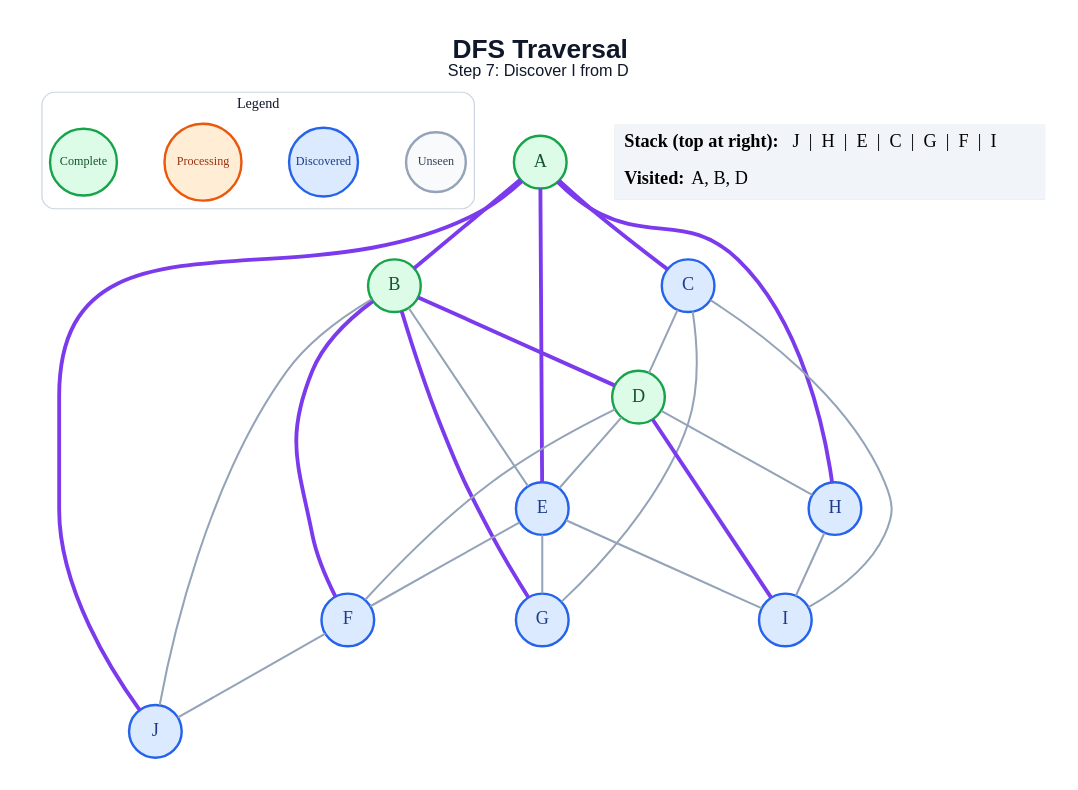
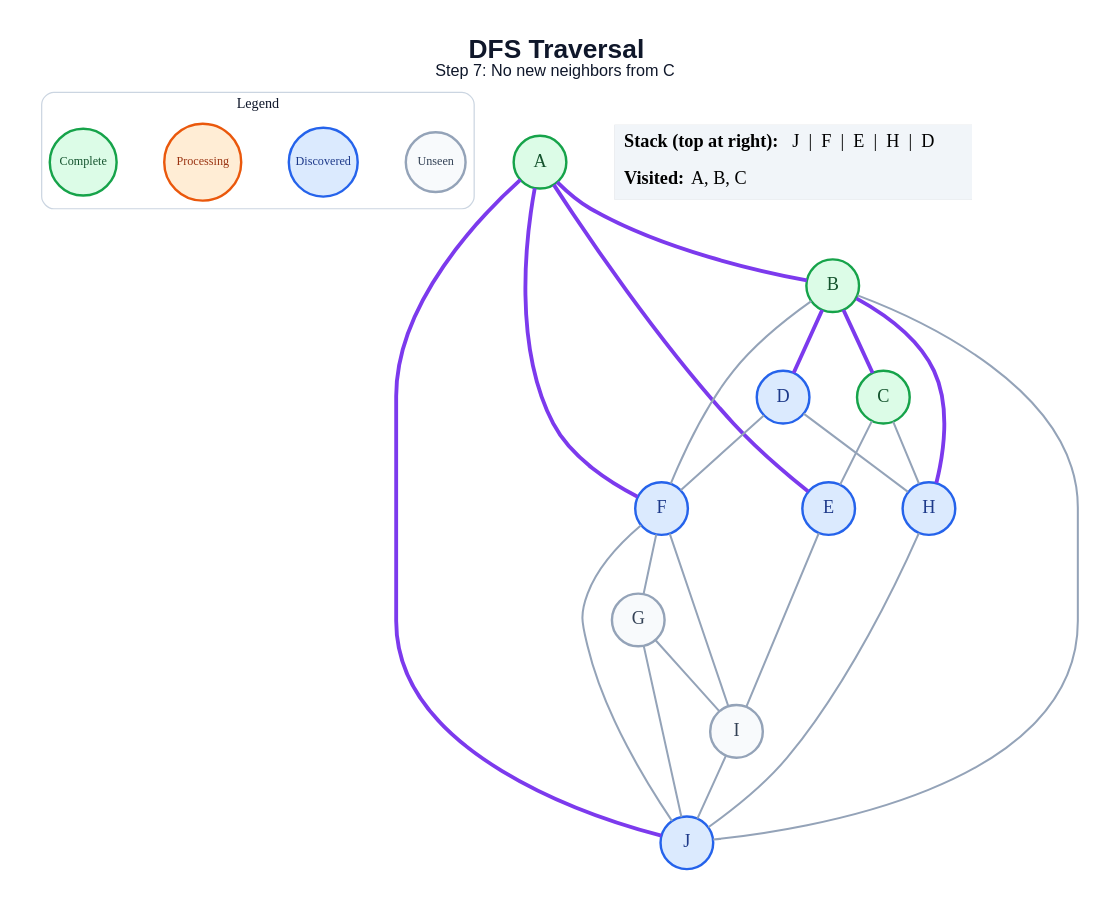
The diagram in generated/dfs/step_07.dot (amanghodawala9/ai-slop), drawn with Graphviz before and after one commit. The commit also changed 178 other files, not shown here.

```diff
--- a/generated/dfs/step_07.dot
+++ b/generated/dfs/step_07.dot
@@ -1,51 +1,50 @@
 graph traversal {
   graph [layout=dot, rankdir=TB, bgcolor="#FFFFFF", pad="0.35", nodesep="0.65", ranksep="0.8", fontname="Arial"];
   node [shape=circle, style="filled", fontname="Arial Bold", fontsize=18, width=0.72, fixedsize=true, penwidth=2.4];
   edge [color="#94A3B8", penwidth=2.0];
-  label=<<B>DFS Traversal</B><BR/><FONT POINT-SIZE="16">Step 7: Discover I from D</FONT>>; labelloc="t"; fontsize=26; fontname="Arial"; fontcolor="#0F172A";
+  label=<<B>DFS Traversal</B><BR/><FONT POINT-SIZE="16">Step 7: No new neighbors from C</FONT>>; labelloc="t"; fontsize=26; fontname="Arial"; fontcolor="#0F172A";
   subgraph cluster_legend { label="Legend"; color="#CBD5E1"; penwidth=1.2; style="rounded"; fontsize=14; fontname="Arial Bold";
     key_unseen [label="Unseen", fillcolor="#F8FAFC", color="#94A3B8", fontcolor="#334155", fontsize=12, width=0.82];
     key_frontier [label="Discovered", fillcolor="#DBEAFE", color="#2563EB", fontcolor="#1E3A8A", fontsize=12, width=0.95];
     key_current [label="Processing", fillcolor="#FFEDD5", color="#EA580C", fontcolor="#9A3412", fontsize=12, width=1.05];
     key_done [label="Complete", fillcolor="#DCFCE7", color="#16A34A", fontcolor="#14532D", fontsize=12, width=0.92];
     { rank=same; key_unseen; key_frontier; key_current; key_done; }
   }
   A [fillcolor="#DCFCE7", color="#16A34A", fontcolor="#14532D"];
   B [fillcolor="#DCFCE7", color="#16A34A", fontcolor="#14532D"];
-  C [fillcolor="#DBEAFE", color="#2563EB", fontcolor="#1E3A8A"];
-  D [fillcolor="#DCFCE7", color="#16A34A", fontcolor="#14532D"];
+  C [fillcolor="#DCFCE7", color="#16A34A", fontcolor="#14532D"];
+  D [fillcolor="#DBEAFE", color="#2563EB", fontcolor="#1E3A8A"];
   E [fillcolor="#DBEAFE", color="#2563EB", fontcolor="#1E3A8A"];
   F [fillcolor="#DBEAFE", color="#2563EB", fontcolor="#1E3A8A"];
-  G [fillcolor="#DBEAFE", color="#2563EB", fontcolor="#1E3A8A"];
+  G [fillcolor="#F8FAFC", color="#94A3B8", fontcolor="#334155"];
   H [fillcolor="#DBEAFE", color="#2563EB", fontcolor="#1E3A8A"];
-  I [fillcolor="#DBEAFE", color="#2563EB", fontcolor="#1E3A8A"];
+  I [fillcolor="#F8FAFC", color="#94A3B8", fontcolor="#334155"];
   J [fillcolor="#DBEAFE", color="#2563EB", fontcolor="#1E3A8A"];
   A -- B [color="#7C3AED", penwidth=3.8];
-  A -- C [color="#7C3AED", penwidth=3.8];
   A -- E [color="#7C3AED", penwidth=3.8];
-  A -- H [color="#7C3AED", penwidth=3.8];
+  A -- F [color="#7C3AED", penwidth=3.8];
   A -- J [color="#7C3AED", penwidth=3.8];
+  B -- C [color="#7C3AED", penwidth=3.8];
   B -- D [color="#7C3AED", penwidth=3.8];
-  B -- E;
-  B -- F [color="#7C3AED", penwidth=3.8];
-  B -- G [color="#7C3AED", penwidth=3.8];
+  B -- F;
+  B -- H [color="#7C3AED", penwidth=3.8];
   B -- J;
-  C -- D;
-  C -- G;
-  C -- I;
-  D -- E;
+  C -- E;
+  C -- H;
   D -- F;
   D -- H;
-  D -- I [color="#7C3AED", penwidth=3.8];
-  E -- F;
-  E -- G;
   E -- I;
+  F -- G;
+  F -- I;
   F -- J;
-  H -- I;
+  G -- I;
+  G -- J;
+  H -- J;
+  I -- J;
   status [shape=plain, fixedsize=false, width=0, height=0, margin=0, label=<
     <TABLE BORDER="0" CELLBORDER="0" CELLPADDING="7" BGCOLOR="#F1F5F9">
-      <TR><TD ALIGN="LEFT"><B>Stack (top at right):</B> J  |  H  |  E  |  C  |  G  |  F  |  I</TD></TR>
-      <TR><TD ALIGN="LEFT"><B>Visited:</B> A, B, D</TD></TR>
+      <TR><TD ALIGN="LEFT"><B>Stack (top at right):</B> J  |  F  |  E  |  H  |  D</TD></TR>
+      <TR><TD ALIGN="LEFT"><B>Visited:</B> A, B, C</TD></TR>
     </TABLE>
   >];
 }
```
